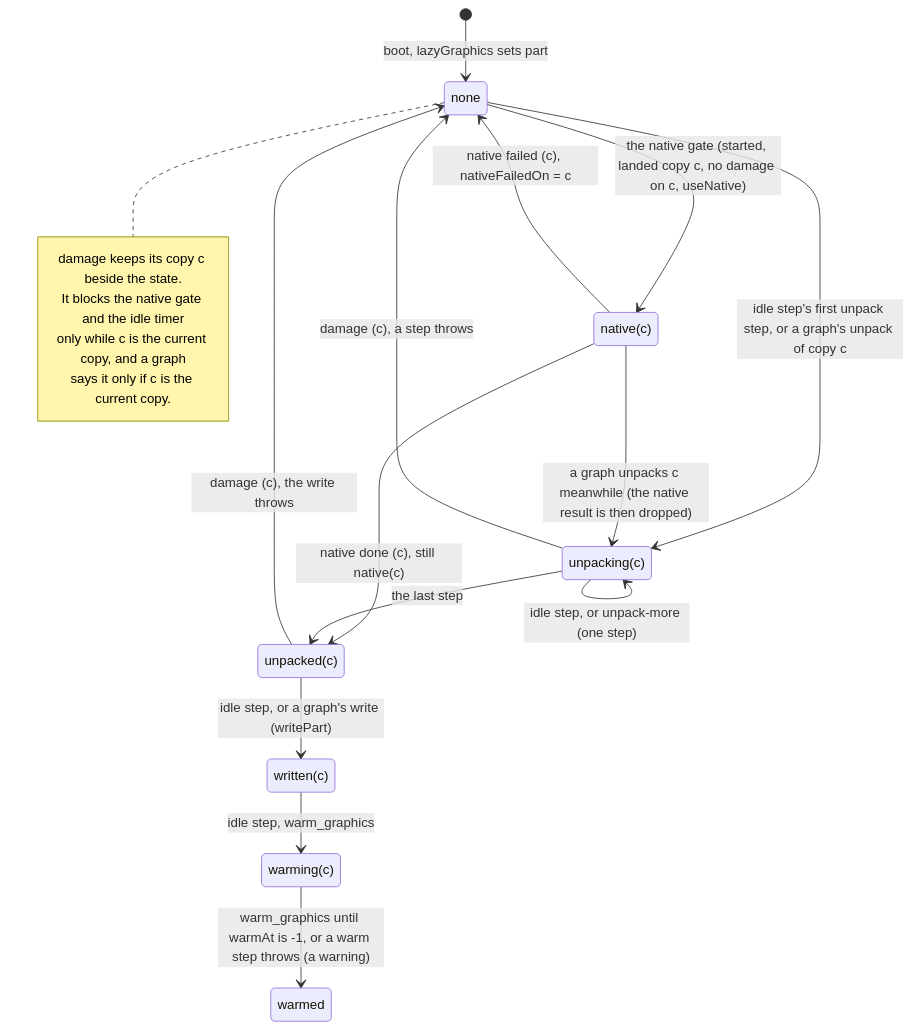
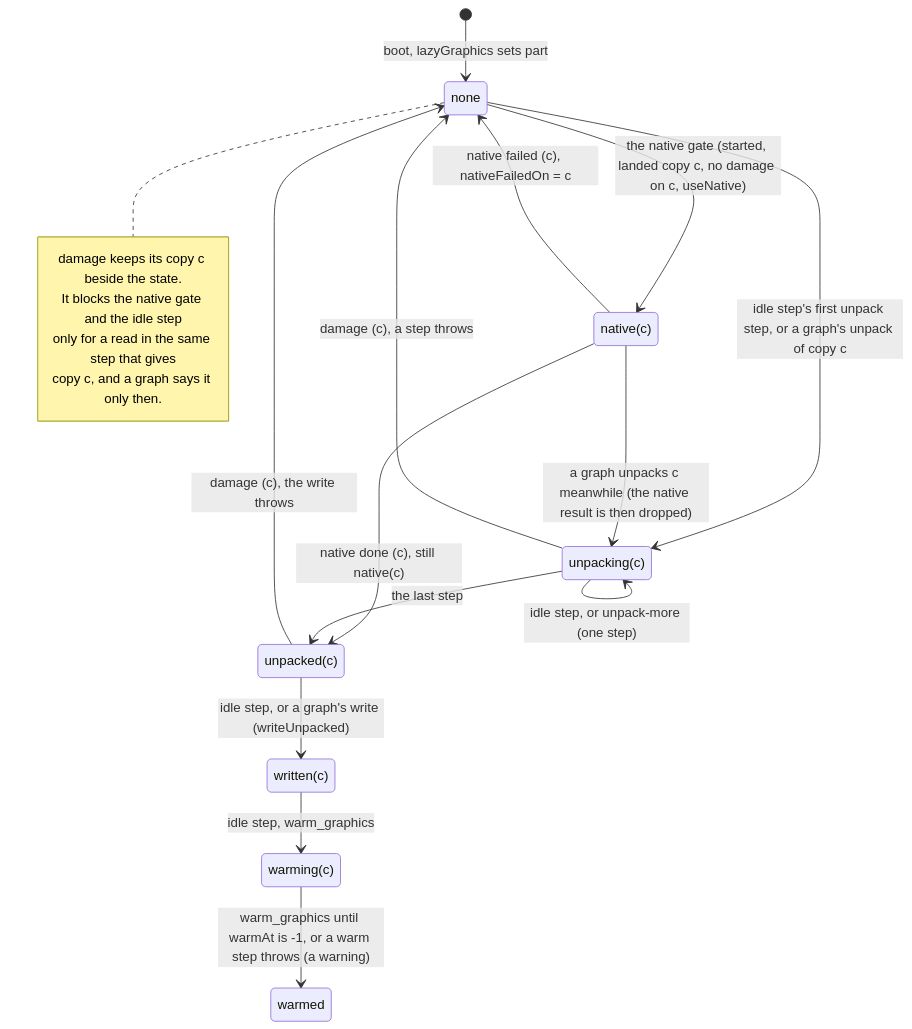
One commit to jeffzyliu/dofile changed the fifth of 6 diagrams in docs/design/lazy-graphics.md. Above: the diagram before and after it, drawn with Mermaid. The commit also changed other lines of this file and 1 other file, not shown here.

````diff
--- a/docs/design/lazy-graphics.md
+++ b/docs/design/lazy-graphics.md
@@ -371,28 +388,28 @@
 ```mermaid
 stateDiagram-v2
     state "none" as nothing
     state "native(c)" as native
     state "unpacking(c)" as unpacking
     state "unpacked(c)" as unpacked
     state "written(c)" as written
     state "warming(c)" as warming
     [*] --> nothing: boot, lazyGraphics sets part
     nothing --> native: the native gate (started, landed copy c, no damage on c, useNative)
     nothing --> unpacking: idle step's first unpack step, or a graph's unpack of copy c
     native --> unpacking: a graph unpacks c meanwhile (the native result is then dropped)
     native --> unpacked: native done (c), still native(c)
     native --> nothing: native failed (c), nativeFailedOn = c
     unpacking --> unpacking: idle step, or unpack-more (one step)
     unpacking --> unpacked: the last step
-    unpacked --> written: idle step, or a graph's write (writePart)
+    unpacked --> written: idle step, or a graph's write (writeUnpacked)
     written --> warming: idle step, warm_graphics
     warming --> warmed: warm_graphics until warmAt is -1, or a warm step throws (a warning)
     unpacking --> nothing: damage (c), a step throws
     unpacked --> nothing: damage (c), the write throws
     note right of nothing
         damage keeps its copy c beside the state.
-        It blocks the native gate and the idle timer
-        only while c is the current copy, and a graph
-        says it only if c is the current copy.
+        It blocks the native gate and the idle step
+        only for a read in the same step that gives
+        copy c, and a graph says it only then.
     end note
 ```
````
